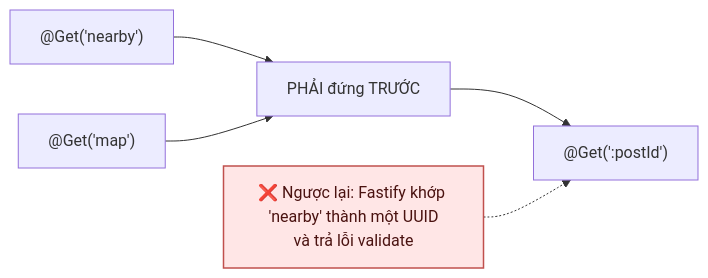
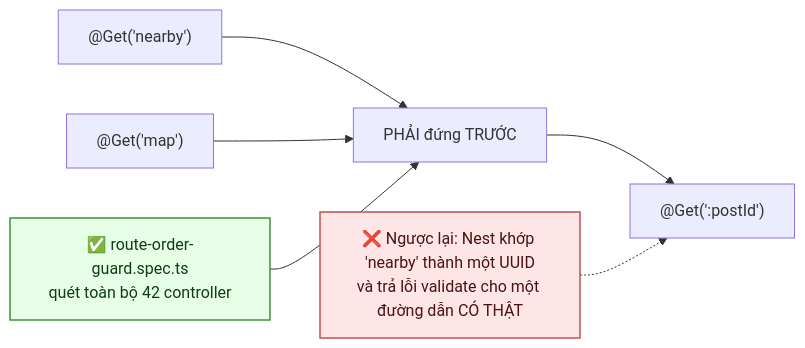
One commit to fdshn/trueheart changed the fifth of 6 diagrams in docs/diagram/26-api-conventions.md. Above: the diagram before and after it, drawn with Mermaid. The commit also changed other lines of this file and 3 other files, not shown here.

First line of the commit message:
docs(api-conventions): bỏ ba con số đếm tay, sửa hai chỗ chỉ sai cơ chế, và guard thứ ba cho thứ tự route

````diff
--- a/docs/diagram/26-api-conventions.md
+++ b/docs/diagram/26-api-conventions.md
@@ -101,10 +148,12 @@
 ```mermaid
 flowchart LR
     A["@Get('nearby')"] --> C["PHẢI đứng TRƯỚC"]
     B["@Get('map')"] --> C
     C --> D["@Get(':postId')"]
 
-    E["❌ Ngược lại: Fastify khớp 'nearby' thành một UUID<br/>và trả lỗi validate"] -.-> D
+    E["❌ Ngược lại: Nest khớp 'nearby' thành một UUID<br/>và trả lỗi validate cho một đường dẫn CÓ THẬT"] -.-> D
+    F["✅ route-order-guard.spec.ts<br/>quét toàn bộ 42 controller"] --> C
 
     style E fill:#ffe6e6,stroke:#c0504d,stroke-width:1.5px,color:#4a1210
+    style F fill:#e6ffe6,stroke:#3f8f3f,stroke-width:1.5px,color:#0f3d12
 ```
````
